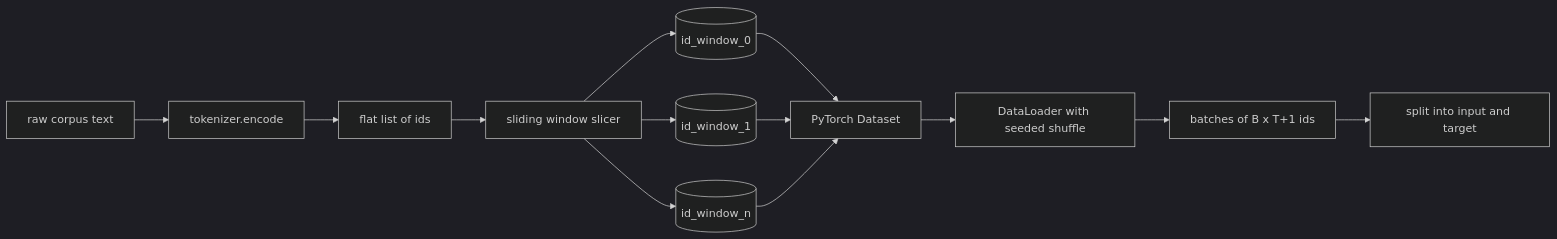
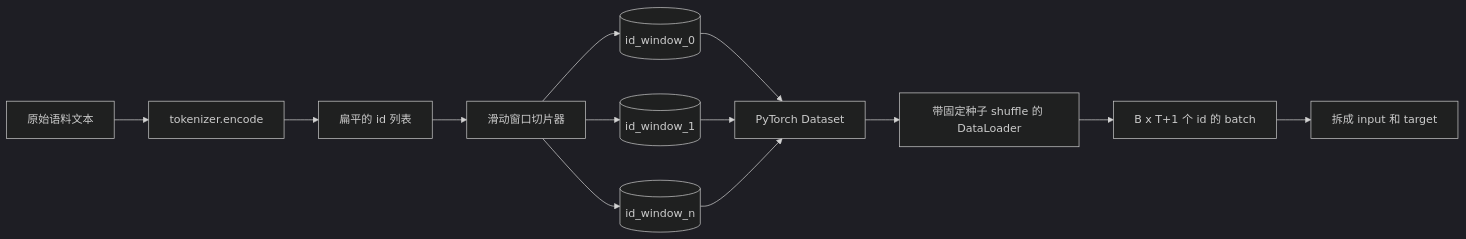
Before and after one commit to JerryC8080/ai-engineering-from-scratch-zh: the first of 2 diagrams in phases/19-capstone-projects/31-tokenized-dataset-sliding-window/docs/zh.md, drawn with Mermaid (dark theme). The commit also changed 156 other files, not shown here.

First line of the commit message:
i18n(zh): translate mermaid diagram labels in 157 lesson zh.md

````diff
--- a/phases/19-capstone-projects/31-tokenized-dataset-sliding-window/docs/zh.md
+++ b/phases/19-capstone-projects/31-tokenized-dataset-sliding-window/docs/zh.md
@@ -29,15 +29,15 @@
 ```mermaid
 flowchart LR
-    A[raw corpus text] --> B[tokenizer.encode]
-    B --> C[flat list of ids]
-    C --> D[sliding window slicer]
+    A[原始语料文本] --> B[tokenizer.encode]
+    B --> C[扁平的 id 列表]
+    C --> D[滑动窗口切片器]
     D --> E[(id_window_0)]
     D --> F[(id_window_1)]
     D --> G[(id_window_n)]
     E --> H[PyTorch Dataset]
     F --> H
     G --> H
-    H --> I[DataLoader with seeded shuffle]
-    I --> J[batches of B x T+1 ids]
-    J --> K[split into input and target]
+    H --> I[带固定种子 shuffle 的 DataLoader]
+    I --> J[B x T+1 个 id 的 batch]
+    J --> K[拆成 input 和 target]
 ```
````
